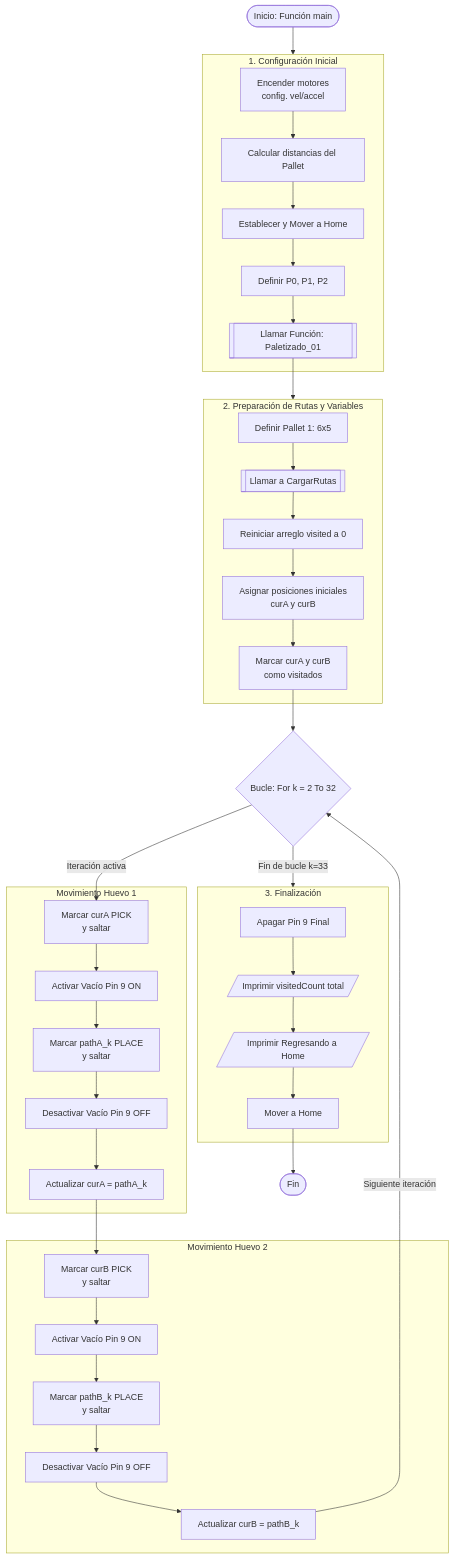
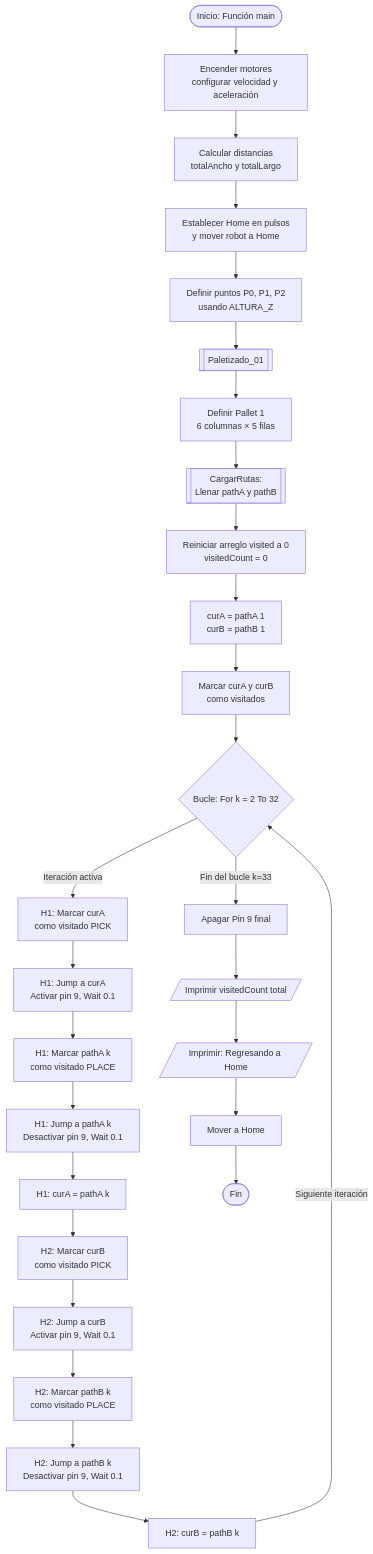
Before and after one commit to labsir-un/Robotica-2026-I-Equipo-2D-Cardenas-Pirateque-Suarez: the diagram in Laboratorio No. 03 - Robótica Industrial EPSON T3 401S y EPSON RC+/README.MD, drawn with Mermaid.

Commit message:
Update flowchart for control logic in README

````diff
--- a/Laboratorio No. 03 - Robótica Industrial EPSON T3 401S y EPSON RC+/README.MD
+++ b/Laboratorio No. 03 - Robótica Industrial EPSON T3 401S y EPSON RC+/README.MD
@@ -407,50 +407,34 @@
 ```mermaid
 flowchart TD
-    A([Inicio: Función main]) --> INIT
+    A([Inicio: Función main])
+    A --> B[Encender motores<br/>configurar velocidad y aceleración]
+    B --> C[Calcular distancias<br/>totalAncho y totalLargo]
+    C --> D[Establecer Home en pulsos<br/>y mover robot a Home]
+    D --> E[Definir puntos P0, P1, P2<br/>usando ALTURA_Z]
+    E --> F[[Paletizado_01]]
+    F --> G[Definir Pallet 1<br/>6 columnas × 5 filas]
+    G --> H[[CargarRutas:<br/>Llenar pathA y pathB]]
+    H --> I[Reiniciar arreglo visited a 0<br/>visitedCount = 0]
+    I --> J[curA = pathA 1<br/>curB = pathB 1]
+    J --> K[Marcar curA y curB<br/>como visitados]
+    K --> L{Bucle: For k = 2 To 32}
 
-    subgraph INIT [1. Configuración Inicial]
-        B[Encender motores<br/>config. vel/accel] --> C[Calcular distancias del Pallet]
-        C --> D[Establecer y Mover a Home]
-        D --> E[Definir P0, P1, P2]
-        E --> F[[Llamar Función: Paletizado_01]]
-    end
+    L -->|Iteración activa| M1[H1: Marcar curA<br/>como visitado PICK]
+    M1 --> M2[H1: Jump a curA<br/>Activar pin 9, Wait 0.1]
+    M2 --> M3[H1: Marcar pathA k<br/>como visitado PLACE]
+    M3 --> M4[H1: Jump a pathA k<br/>Desactivar pin 9, Wait 0.1]
+    M4 --> M5[H1: curA = pathA k]
 
-    F --> SETUP
+    M5 --> N1[H2: Marcar curB<br/>como visitado PICK]
+    N1 --> N2[H2: Jump a curB<br/>Activar pin 9, Wait 0.1]
+    N2 --> N3[H2: Marcar pathB k<br/>como visitado PLACE]
+    N3 --> N4[H2: Jump a pathB k<br/>Desactivar pin 9, Wait 0.1]
+    N4 --> N5[H2: curB = pathB k]
 
-    subgraph SETUP [2. Preparación de Rutas y Variables]
-        G[Definir Pallet 1: 6x5] --> H[[Llamar a CargarRutas]]
-        H --> I[Reiniciar arreglo visited a 0]
-        I --> J[Asignar posiciones iniciales<br/>curA y curB]
-        J --> K[Marcar curA y curB<br/>como visitados]
-    end
-
-    K --> L{Bucle: For k = 2 To 32}
-    L -- Iteración activa --> M1
-
-    subgraph H1 [Movimiento Huevo 1]
-        M1[Marcar curA PICK<br/>y saltar] --> M2[Activar Vacío Pin 9 ON]
-        M2 --> M3[Marcar pathA_k PLACE<br/>y saltar]
-        M3 --> M4[Desactivar Vacío Pin 9 OFF]
-        M4 --> M5[Actualizar curA = pathA_k]
-    end
-
-    M5 --> N1
-
-    subgraph H2 [Movimiento Huevo 2]
-        N1[Marcar curB PICK<br/>y saltar] --> N2[Activar Vacío Pin 9 ON]
-        N2 --> N3[Marcar pathB_k PLACE<br/>y saltar]
-        N3 --> N4[Desactivar Vacío Pin 9 OFF]
-        N4 --> N5[Actualizar curB = pathB_k]
-    end
-
-    N5 -- Siguiente iteración --> L
-    L -- Fin de bucle k=33 --> END_PROCESS
-
-    subgraph END_PROCESS [3. Finalización]
-        S[Apagar Pin 9 Final] --> T[/Imprimir visitedCount total/]
-        T --> U[/Imprimir Regresando a Home/]
-        U --> V[Mover a Home]
-    end
-
+    N5 -->|Siguiente iteración| L
+    L -->|Fin del bucle k=33| S[Apagar Pin 9 final]
+    S --> T[/Imprimir visitedCount total/]
+    T --> U[/Imprimir: Regresando a Home/]
+    U --> V[Mover a Home]
     V --> W([Fin])
 ```
````
